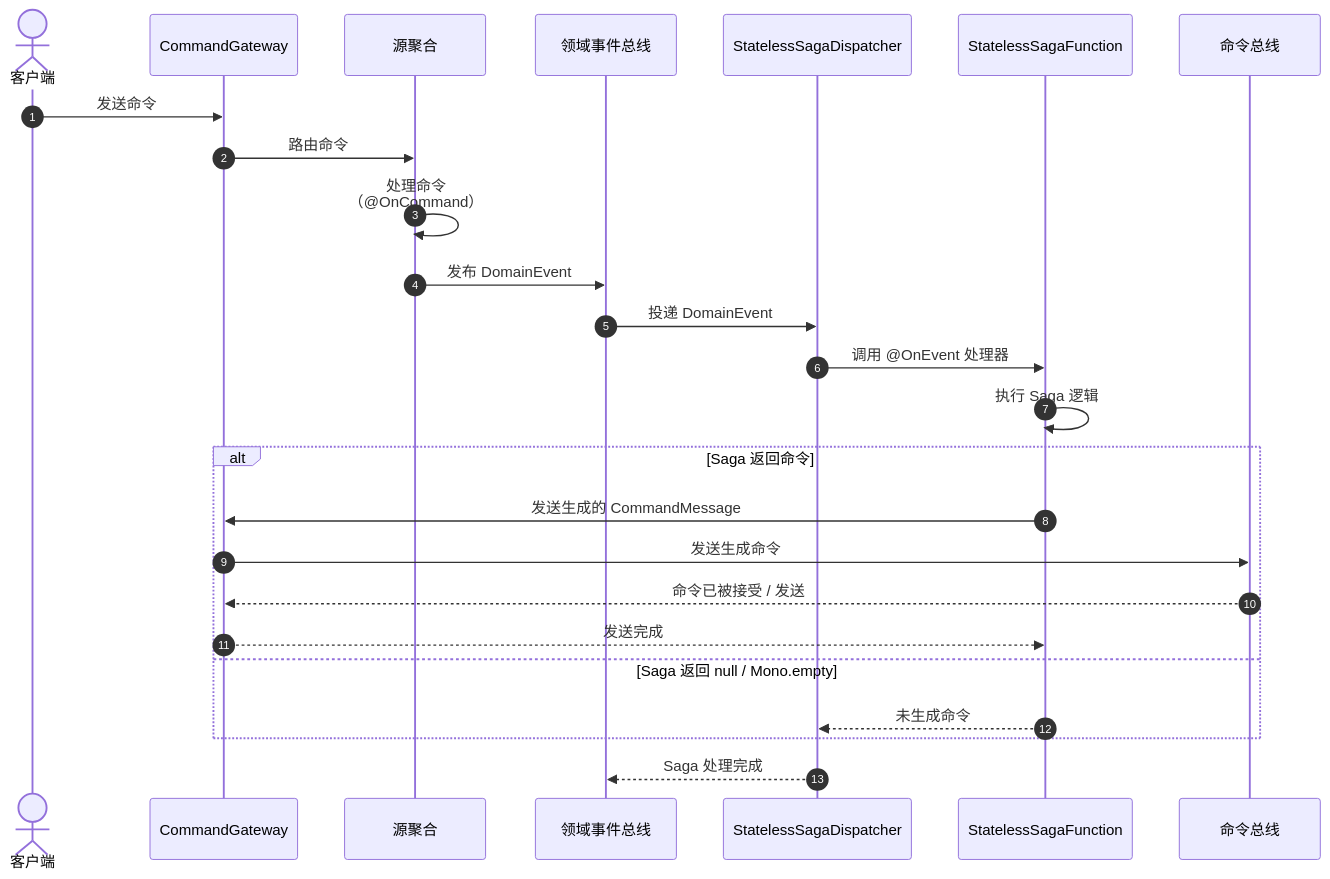
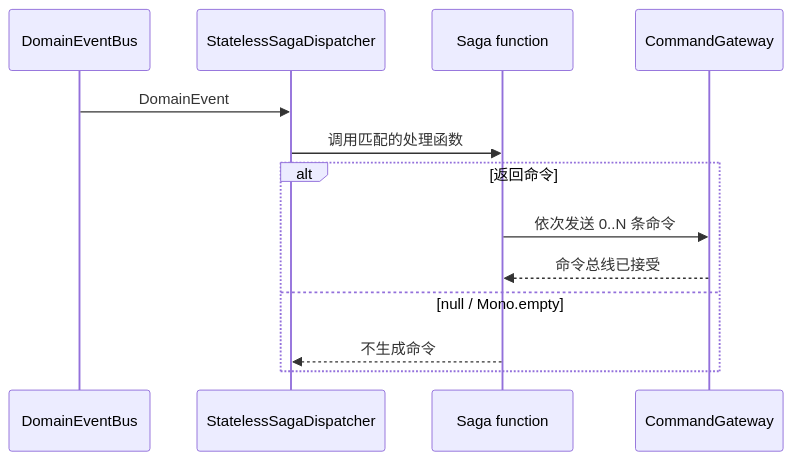
Before and after one commit to Ahoo-Wang/Wow: the second of 3 diagrams in documentation/docs/zh/guide/saga.md, drawn with Mermaid. The commit also changed other lines of this file and 166 other files, not shown here.

````diff
--- a/documentation/docs/zh/guide/saga.md
+++ b/documentation/docs/zh/guide/saga.md
@@ -72,28 +44,15 @@
 ```mermaid
 sequenceDiagram
-    autonumber
-    actor Client as 客户端
+    participant Bus as DomainEventBus
+    participant Dispatcher as StatelessSagaDispatcher
+    participant Saga as Saga function
     participant Gateway as CommandGateway
-    participant Aggregate as 源聚合
-    participant EventBus as 领域事件总线
-    participant Dispatcher as StatelessSagaDispatcher
-    participant SagaFn as StatelessSagaFunction
-    participant CommandBus as 命令总线
-
-    Client->>Gateway: 发送命令
-    Gateway->>Aggregate: 路由命令
-    Aggregate->>Aggregate: 处理命令<br>（@OnCommand）
-    Aggregate->>EventBus: 发布 DomainEvent
-    EventBus->>Dispatcher: 投递 DomainEvent
-    Dispatcher->>SagaFn: 调用 @OnEvent 处理器
-    SagaFn->>SagaFn: 执行 Saga 逻辑
-    alt Saga 返回命令
-        SagaFn->>Gateway: 发送生成的 CommandMessage
-        Gateway->>CommandBus: 发送生成命令
-        CommandBus-->>Gateway: 命令已被接受 / 发送
-        Gateway-->>SagaFn: 发送完成
-    else Saga 返回 null / Mono.empty
-        SagaFn-->>Dispatcher: 未生成命令
+    Bus->>Dispatcher: DomainEvent
+    Dispatcher->>Saga: 调用匹配的处理函数
+    alt 返回命令
+        Saga->>Gateway: 依次发送 0..N 条命令
+        Gateway-->>Saga: 命令总线已接受
+    else null / Mono.empty
+        Saga-->>Dispatcher: 不生成命令
     end
-    Dispatcher-->>EventBus: Saga 处理完成
 ```
````
